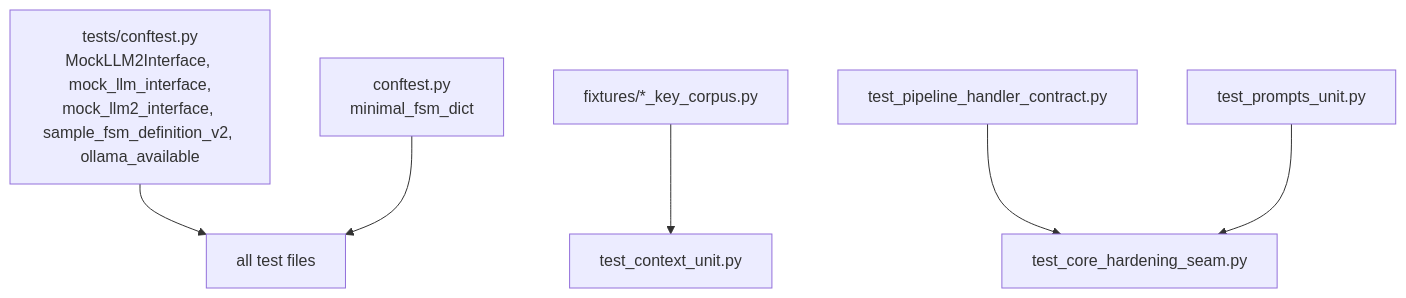
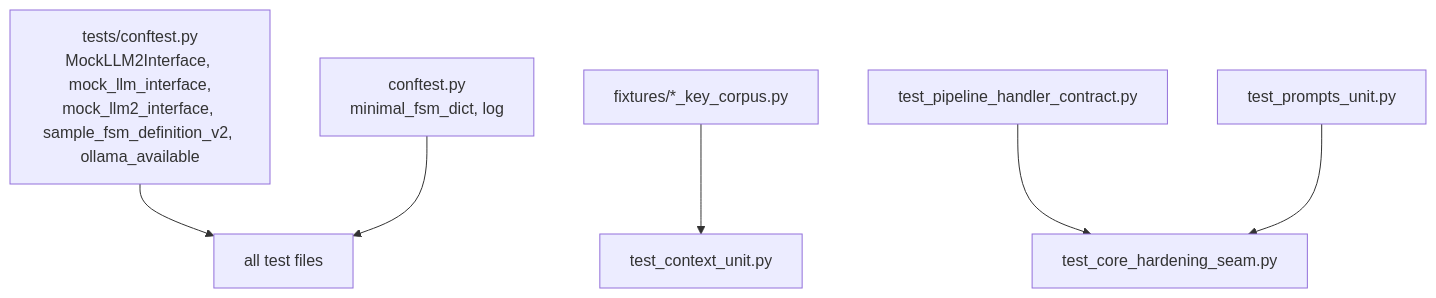
The diagram in tests/test_fsm_llm/AGENTS.md (NikolasMarkou/fsm_llm), drawn with Mermaid before and after one commit. The commit also changed other lines of this file and 5 other files, not shown here.

````diff
--- a/tests/test_fsm_llm/AGENTS.md
+++ b/tests/test_fsm_llm/AGENTS.md
@@ -32,11 +32,11 @@
 ```mermaid
 flowchart TD
     root[tests/conftest.py<br/>MockLLM2Interface, mock_llm_interface,<br/>mock_llm2_interface, sample_fsm_definition_v2, ollama_available]
-    local[conftest.py<br/>minimal_fsm_dict]
+    local[conftest.py<br/>minimal_fsm_dict, log]
     fx[fixtures/*_key_corpus.py]
     phc[test_pipeline_handler_contract.py] --> chs[test_core_hardening_seam.py]
     pu[test_prompts_unit.py] --> chs
     fx --> cu[test_context_unit.py]
     root --> T[all test files]
     local --> T
 ```
````
